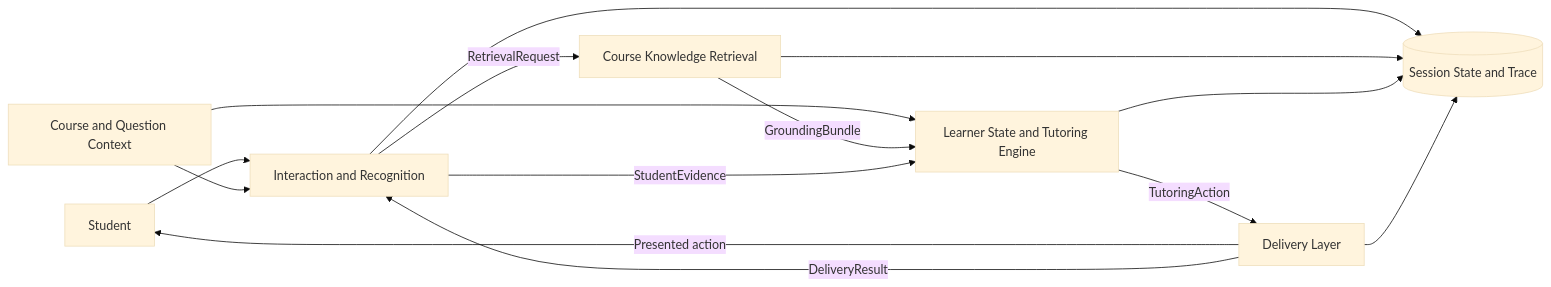
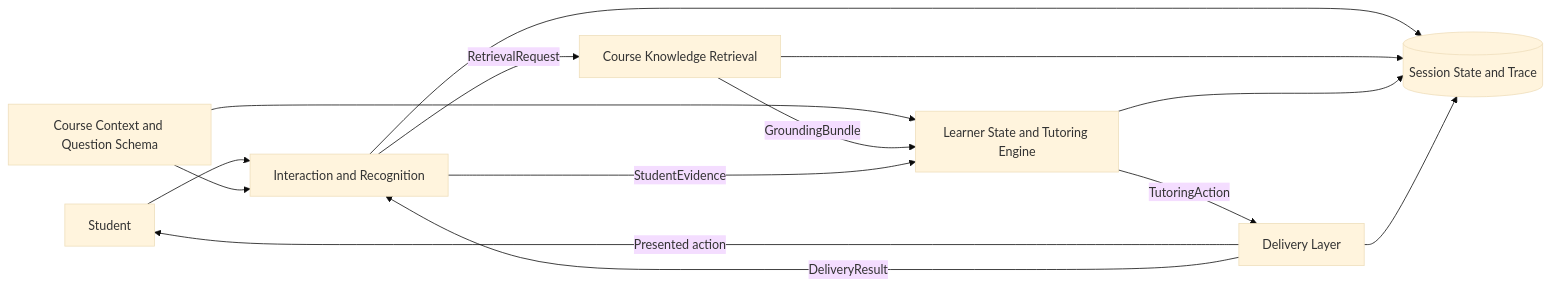
One commit to digital-professor-lab/digital-professor changed the diagram in specs/architecture.md. Above: the diagram before and after it, drawn with Mermaid (base theme). The commit also changed other lines of this file and 16 other files, not shown here.

Commit message:
Course-Context specs added

````diff
--- a/specs/architecture.md
+++ b/specs/architecture.md
@@ -23,16 +23,16 @@
 ```mermaid
 flowchart LR
     U[Student] --> I[Interaction and Recognition]
-    CQ[Course and Question Context] --> I
+    CQ[Course Context and Question Schema] --> I
     CQ --> T[Learner State and Tutoring Engine]
     I -->|RetrievalRequest| R[Course Knowledge Retrieval]
     R -->|GroundingBundle| T
     I -->|StudentEvidence| T
     T -->|TutoringAction| D[Delivery Layer]
     D -->|Presented action| U
     D -->|DeliveryResult| I
     I --> P[(Session State and Trace)]
     R --> P
     T --> P
     D --> P
 ```
````
